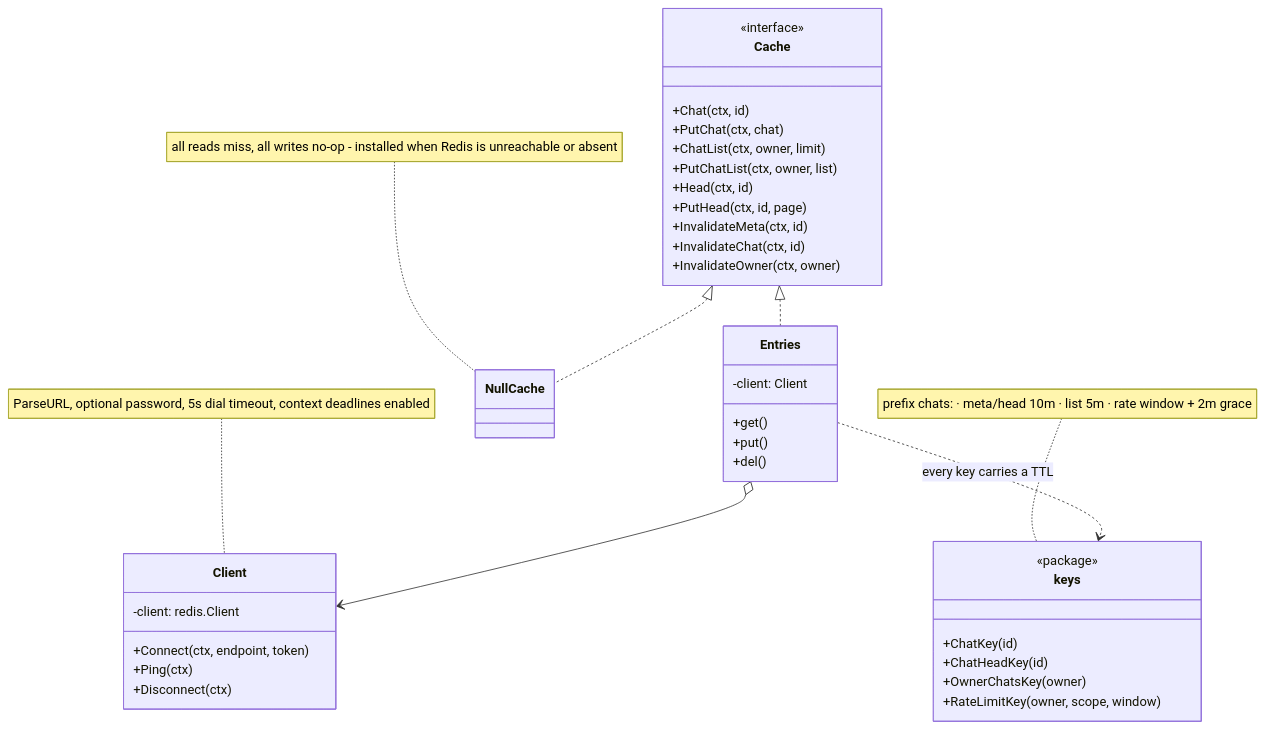
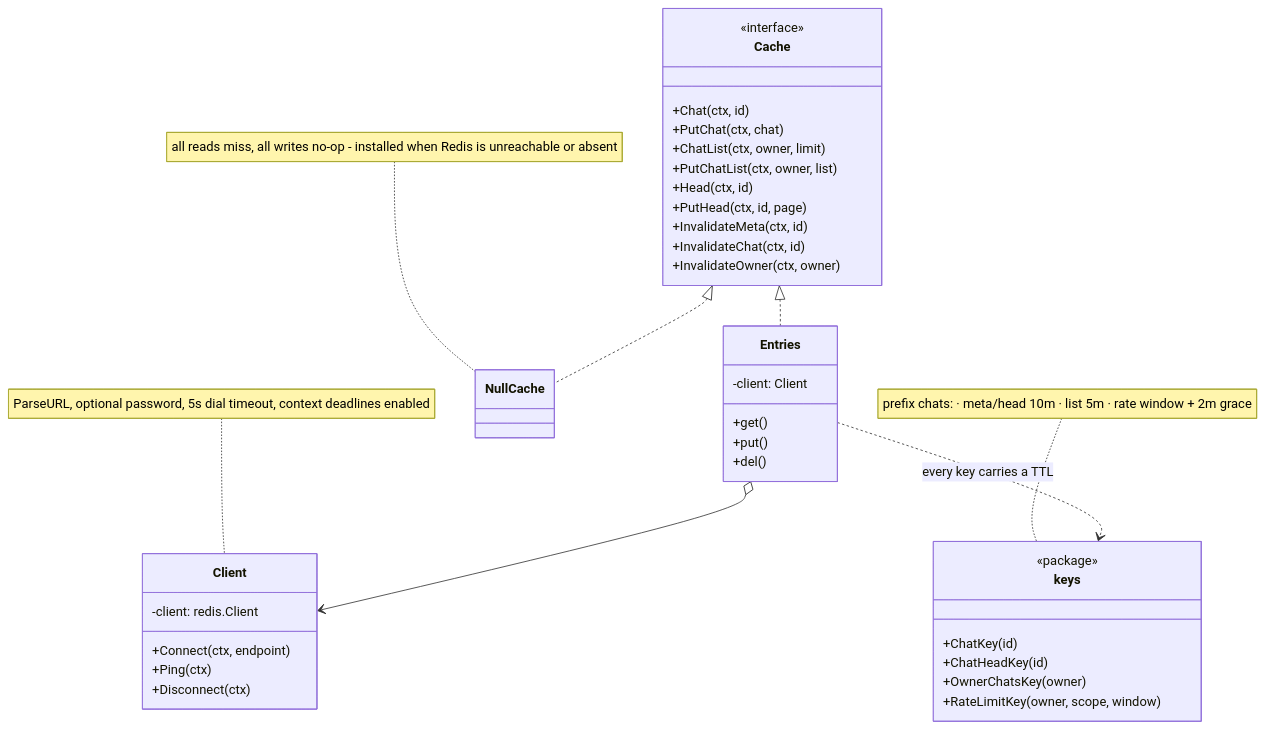
The second of 3 diagrams in services/chats/docs/concepts/cache.md (kunalPisolkar24/detectAI), drawn with Mermaid before and after one commit. The commit also changed 48 other files, not shown here.

````diff
--- a/services/chats/docs/concepts/cache.md
+++ b/services/chats/docs/concepts/cache.md
@@ -33,42 +33,42 @@
 ```mermaid
 classDiagram
     class Cache {
         <<interface>>
         +Chat(ctx, id)
         +PutChat(ctx, chat)
         +ChatList(ctx, owner, limit)
         +PutChatList(ctx, owner, list)
         +Head(ctx, id)
         +PutHead(ctx, id, page)
         +InvalidateMeta(ctx, id)
         +InvalidateChat(ctx, id)
         +InvalidateOwner(ctx, owner)
     }
     class Client {
         -client: redis.Client
-        +Connect(ctx, endpoint, token)
+        +Connect(ctx, endpoint)
         +Ping(ctx)
         +Disconnect(ctx)
     }
     class Entries {
         -client: Client
         +get()
         +put()
         +del()
     }
     class keys {
         <<package>>
         +ChatKey(id)
         +ChatHeadKey(id)
         +OwnerChatsKey(owner)
         +RateLimitKey(owner, scope, window)
     }
     class NullCache
     Cache <|.. Entries
     Cache <|.. NullCache
     Entries o--> Client
     Entries ..> keys : every key carries a TTL
     note for Client "ParseURL, optional password, 5s dial timeout, context deadlines enabled"
     note for NullCache "all reads miss, all writes no-op - installed when Redis is unreachable or absent"
     note for keys "prefix chats: · meta/head 10m · list 5m · rate window + 2m grace"
 ```
````
